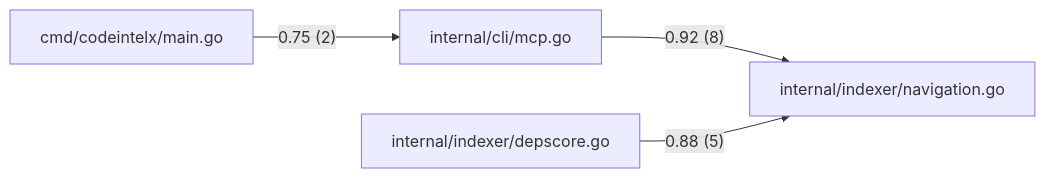
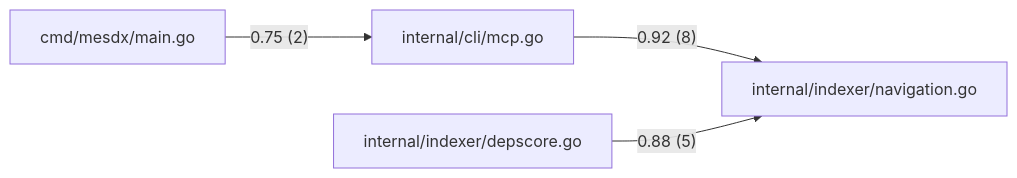
The third of 4 diagrams in example_dependency_graph_mermaid.md (mesdx/cli), drawn with Mermaid before and after one commit. The commit also changed 49 other files, not shown here.

````diff
--- a/example_dependency_graph_mermaid.md
+++ b/example_dependency_graph_mermaid.md
@@ -71,10 +71,10 @@
 ```mermaid
 graph LR
     F0["internal/cli/mcp.go"]
     F1["internal/indexer/navigation.go"]
     F2["internal/indexer/depscore.go"]
-    F3["cmd/codeintelx/main.go"]
+    F3["cmd/mesdx/main.go"]
     F0 -->|"0.92 (8)"| F1
     F2 -->|"0.88 (5)"| F1
     F3 -->|"0.75 (2)"| F0
 ```
````
